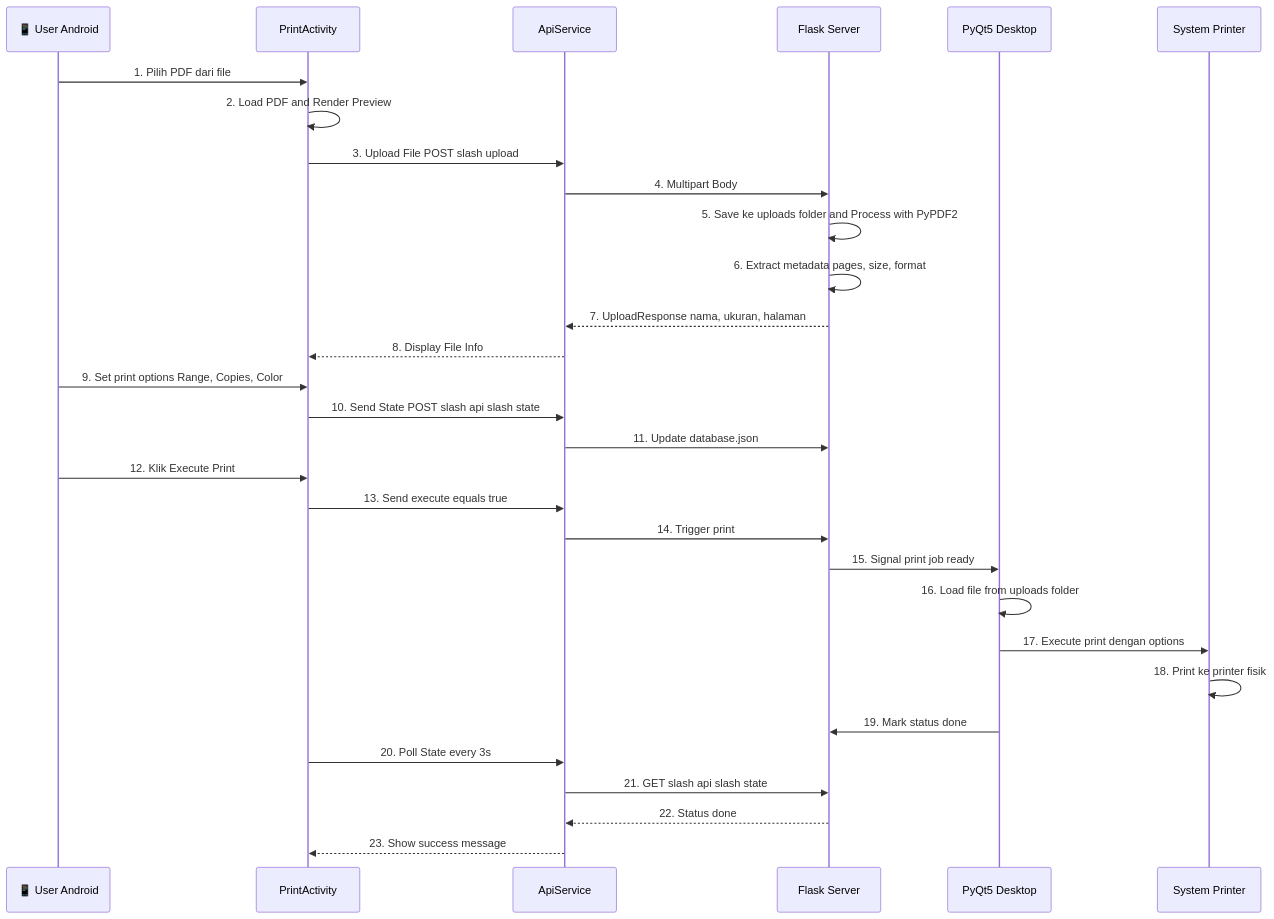
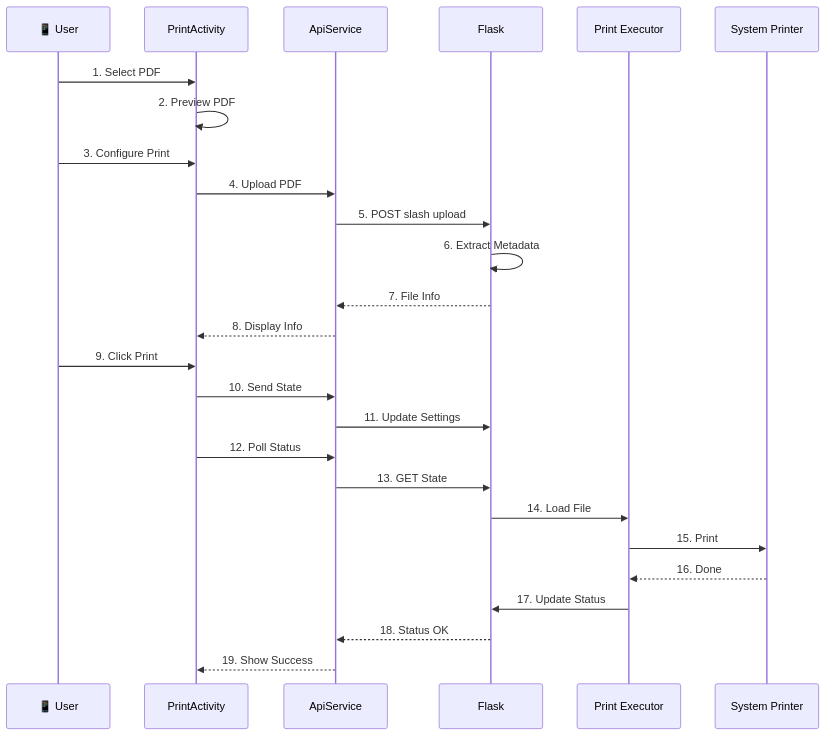
Before and after one commit to FormulaV/PrintBot_Studio: the fourth of 6 diagrams in ARCHITECTURE_DIAGRAM.md, drawn with Mermaid. The commit also changed other lines of this file, not shown here.

Commit message:
Split architecture diagram into 3 simpler diagrams to fix Mermaid rendering errors

````diff
--- a/ARCHITECTURE_DIAGRAM.md
+++ b/ARCHITECTURE_DIAGRAM.md
@@ -194,38 +184,30 @@
 ```mermaid
 sequenceDiagram
-    participant User as 📱 User Android
+    participant User as 📱 User
     participant App as PrintActivity
     participant Api as ApiService
-    participant Network as Flask Server
-    participant Desktop as PyQt5 Desktop
+    participant Server as Flask
+    participant Exec as Print Executor
     participant Printer as System Printer
     
-    User->>App: 1. Pilih PDF dari file
-    App->>App: 2. Load PDF and Render Preview
+    User->>App: 1. Select PDF
+    App->>App: 2. Preview PDF
+    User->>App: 3. Configure Print
+    App->>Api: 4. Upload PDF
+    Api->>Server: 5. POST slash upload
+    Server->>Server: 6. Extract Metadata
+    Server-->>Api: 7. File Info
+    Api-->>App: 8. Display Info
     
-    App->>Api: 3. Upload File POST slash upload
-    Api->>Network: 4. Multipart Body
-    Network->>Network: 5. Save ke uploads folder and Process with PyPDF2
-    Network->>Network: 6. Extract metadata pages, size, format
-    Network-->>Api: 7. UploadResponse nama, ukuran, halaman
-    Api-->>App: 8. Display File Info
-    
-    User->>App: 9. Set print options Range, Copies, Color
-    App->>Api: 10. Send State POST slash api slash state
-    Api->>Network: 11. Update database.json
-    
-    User->>App: 12. Klik Execute Print
-    App->>Api: 13. Send execute equals true
-    Api->>Network: 14. Trigger print
-    Network->>Desktop: 15. Signal print job ready
-    
-    Desktop->>Desktop: 16. Load file from uploads folder
-    Desktop->>Printer: 17. Execute print dengan options
-    Printer->>Printer: 18. Print ke printer fisik
-    Desktop->>Network: 19. Mark status done
-    
-    App->>Api: 20. Poll State every 3s
-    Api->>Network: 21. GET slash api slash state
-    Network-->>Api: 22. Status done
-    Api-->>App: 23. Show success message
+    User->>App: 9. Click Print
+    App->>Api: 10. Send State
+    Api->>Server: 11. Update Settings
+    App->>Api: 12. Poll Status
+    Api->>Server: 13. GET State
+    Server->>Exec: 14. Load File
+    Exec->>Printer: 15. Print
+    Printer-->>Exec: 16. Done
+    Exec->>Server: 17. Update Status
+    Server-->>Api: 18. Status OK
+    Api-->>App: 19. Show Success
 ```
````
